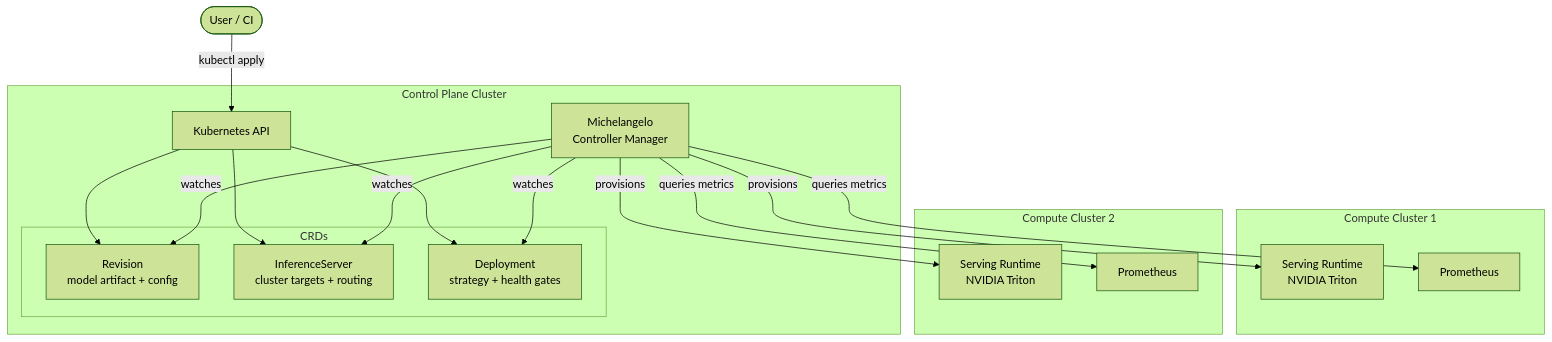
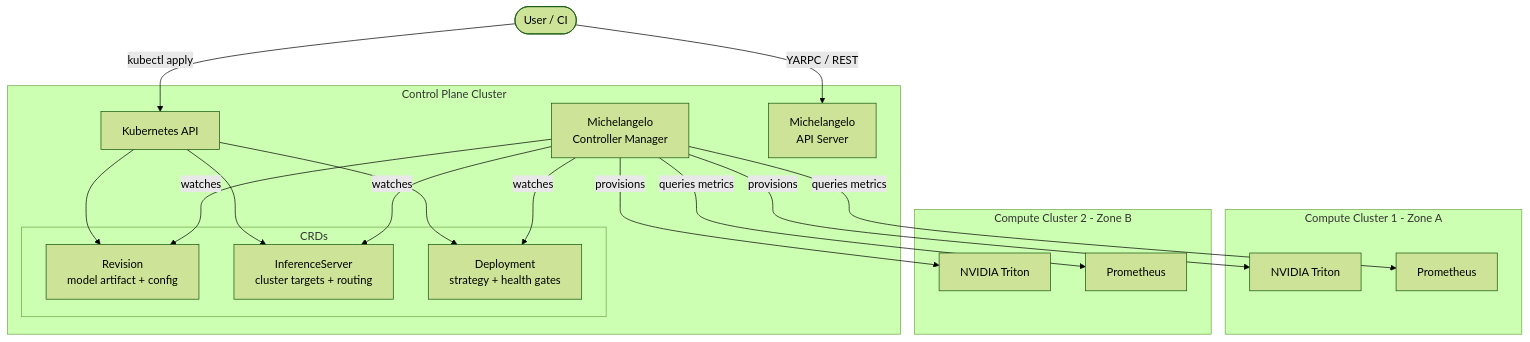
One commit to apurvapatkeshwar/michelangelo changed the first of 4 diagrams in README.md. Above: the diagram before and after it, drawn with Mermaid (forest theme). The commit also changed other lines of this file, not shown here.

First line of the commit message:
docs(readme): update with zonal strategy, accurate runtime support, API server

````diff
--- a/README.md
+++ b/README.md
@@ -38,32 +38,34 @@
 ```mermaid
 graph TD
     User([User / CI])
 
     subgraph Control Plane Cluster
         API[Kubernetes API]
         CTRL[Michelangelo\nController Manager]
+        APISRV[Michelangelo\nAPI Server]
 
         subgraph CRDs
             R[Revision\nmodel artifact + config]
             IS[InferenceServer\ncluster targets + routing]
             D[Deployment\nstrategy + health gates]
         end
     end
 
-    subgraph Compute Cluster 1
-        RT1[Serving Runtime\nNVIDIA Triton]
+    subgraph Compute Cluster 1 - Zone A
+        RT1[NVIDIA Triton]
         P1[Prometheus]
     end
 
-    subgraph Compute Cluster 2
-        RT2[Serving Runtime\nNVIDIA Triton]
+    subgraph Compute Cluster 2 - Zone B
+        RT2[NVIDIA Triton]
         P2[Prometheus]
     end
 
     User -->|kubectl apply| API
+    User -->|YARPC / REST| APISRV
     API --> R & IS & D
     CTRL -->|watches| R & IS & D
     CTRL -->|provisions| RT1
     CTRL -->|provisions| RT2
     CTRL -->|queries metrics| P1 & P2
 ```
````
